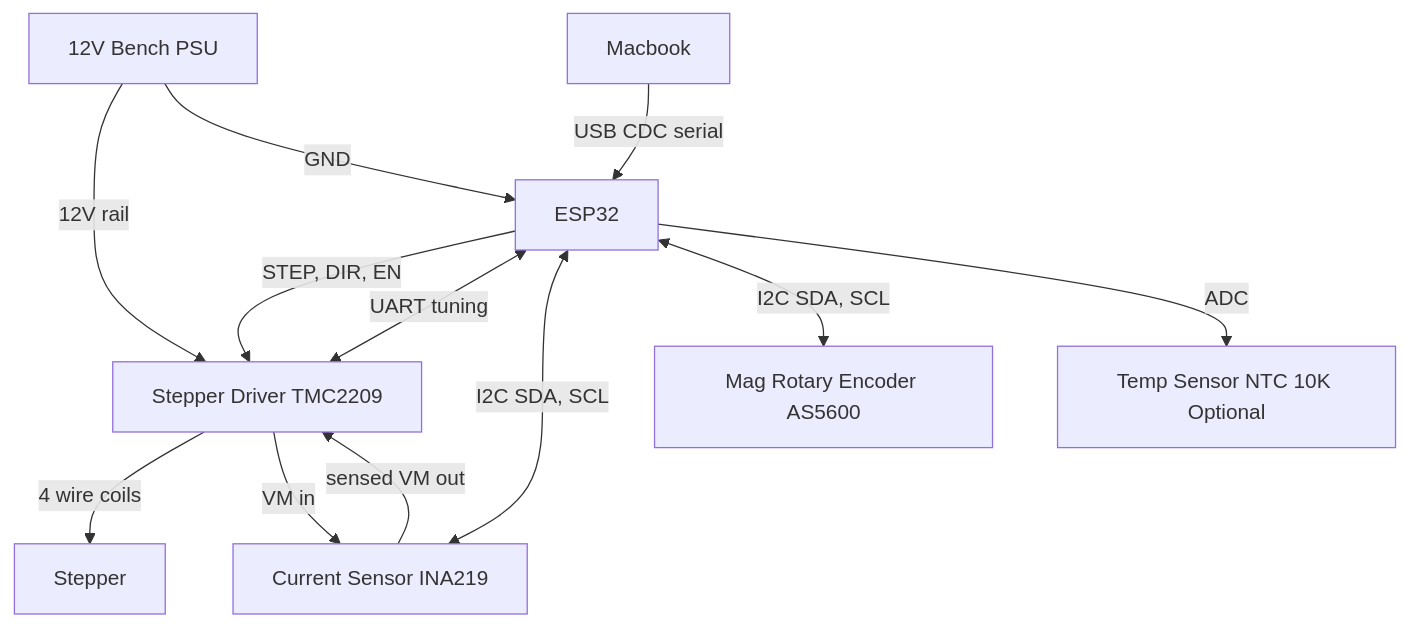
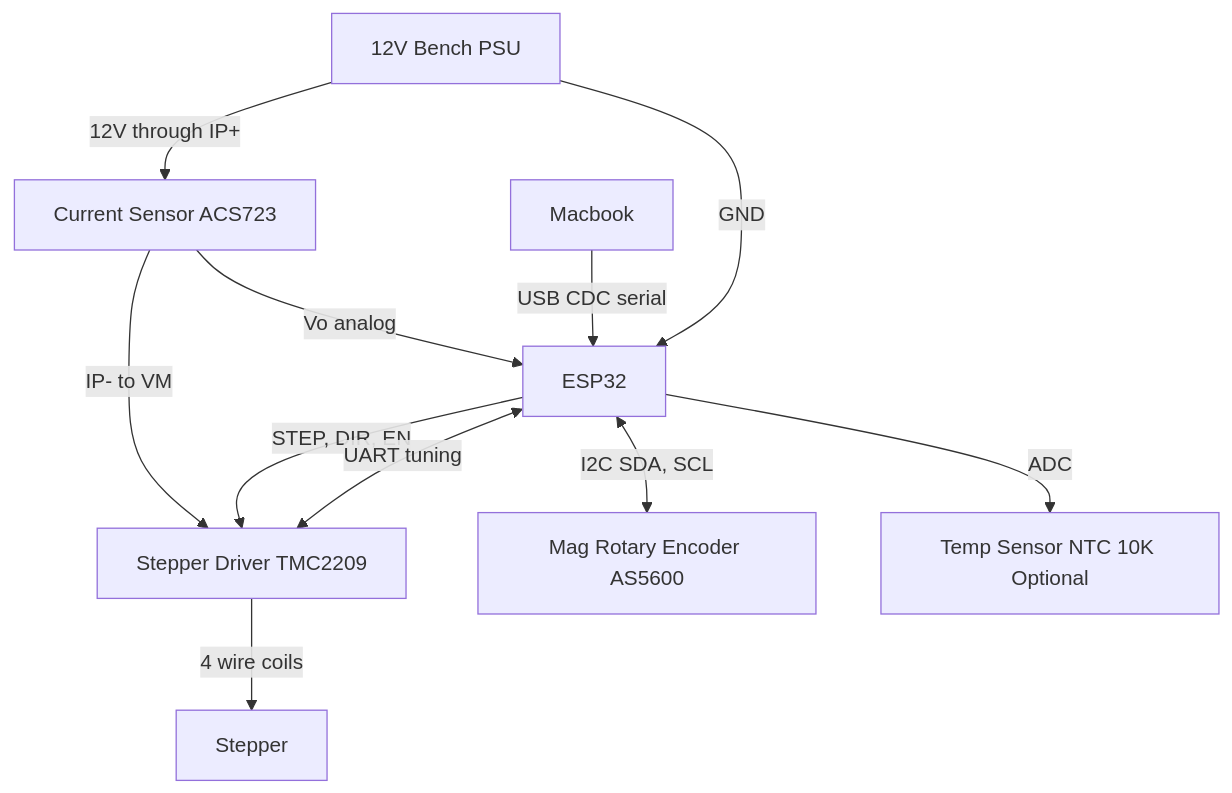
The second of 3 diagrams in RFDs/RFD-10.md (ambientlabscomputing/smart-actuator), drawn with Mermaid before and after one commit. The commit also changed other lines of this file and 44 other files, not shown here.

````diff
--- a/RFDs/RFD-10.md
+++ b/RFDs/RFD-10.md
@@ -69,23 +69,22 @@
 ```mermaid
 flowchart TD
     ESP[ESP32]
     ST[Stepper]
     SD[Stepper Driver TMC2209]
-    CS[Current Sensor INA219]
+    CS[Current Sensor ACS723]
     TP[Temp Sensor NTC 10K Optional]
     RE[Mag Rotary Encoder AS5600]
     PS[12V Bench PSU]
     MC[Macbook]
 
     MC -->|USB CDC serial| ESP
-    PS -->|12V rail| SD
+    PS -->|12V through IP+| CS
+    CS -->|IP- to VM| SD
     PS -->|GND| ESP
     ESP -->|STEP, DIR, EN| SD
     ESP <-->|UART tuning| SD
     SD -->|4 wire coils| ST
-    SD -->|VM in| CS
-    CS -->|sensed VM out| SD
-    ESP <-->|I2C SDA, SCL| CS
+    CS -->|Vo analog| ESP
     ESP <-->|I2C SDA, SCL| RE
     ESP -->|ADC| TP
 ```
````
